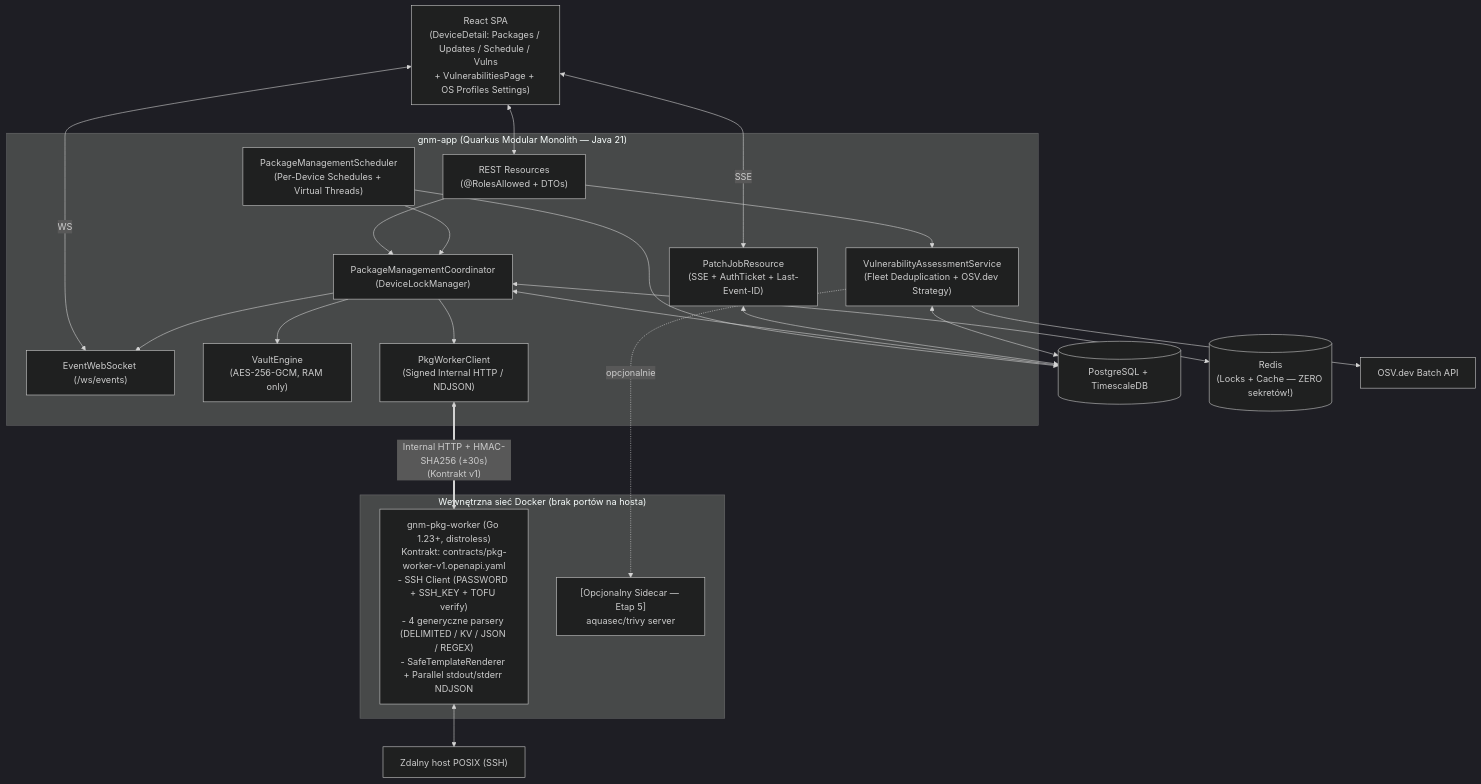
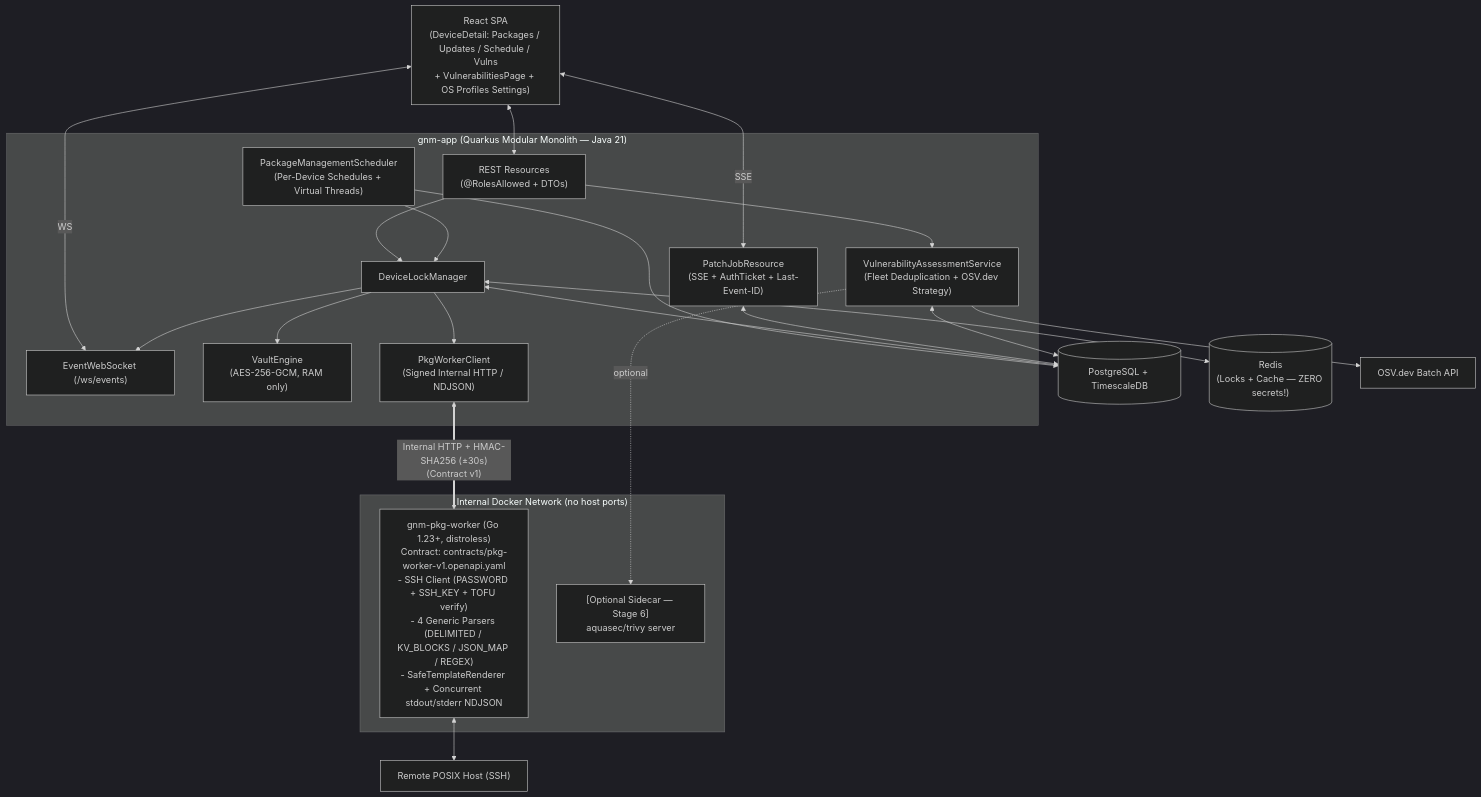
Before and after one commit to skoczo/LanAlmanac: the diagram in docs/package-management-architecture.md, drawn with Mermaid (dark theme). The commit also changed other lines of this file and 5 other files, not shown here.

Commit message:
docs: translate all plans, architecture docs, and agent rules to English

````diff
--- a/docs/package-management-architecture.md
+++ b/docs/package-management-architecture.md
@@ -39,47 +39,47 @@
 ```mermaid
 flowchart TB
     UI["React SPA\n(DeviceDetail: Packages / Updates / Schedule / Vulns\n+ VulnerabilitiesPage + OS Profiles Settings)"]
 
     subgraph Core["gnm-app (Quarkus Modular Monolith — Java 21)"]
         REST["REST Resources\n(@RolesAllowed + DTOs)"]
         SSE["PatchJobResource\n(SSE + AuthTicket + Last-Event-ID)"]
         WS["EventWebSocket (/ws/events)"]
         SCHED["PackageManagementScheduler\n(Per-Device Schedules + Virtual Threads)"]
-        COORD["PackageManagementCoordinator\n(DeviceLockManager)"]
+        COORD["DeviceLockManager"]
         VAULT["VaultEngine\n(AES-256-GCM, RAM only)"]
         CLIENT["PkgWorkerClient\n(Signed Internal HTTP / NDJSON)"]
         VULN["VulnerabilityAssessmentService\n(Fleet Deduplication + OSV.dev Strategy)"]
     end
 
-    subgraph InternalNet["Wewnętrzna sieć Docker (brak portów na hosta)"]
-        WORKER["gnm-pkg-worker (Go 1.23+, distroless)\nKontrakt: contracts/pkg-worker-v1.openapi.yaml\n- SSH Client (PASSWORD + SSH_KEY + TOFU verify)\n- 4 generyczne parsery (DELIMITED / KV / JSON / REGEX)\n- SafeTemplateRenderer + Parallel stdout/stderr NDJSON"]
-        TRIVY["[Opcjonalny Sidecar — Etap 5]\naquasec/trivy server"]
+    subgraph InternalNet["Internal Docker Network (no host ports)"]
+        WORKER["gnm-pkg-worker (Go 1.23+, distroless)\nContract: contracts/pkg-worker-v1.openapi.yaml\n- SSH Client (PASSWORD + SSH_KEY + TOFU verify)\n- 4 Generic Parsers (DELIMITED / KV_BLOCKS / JSON_MAP / REGEX)\n- SafeTemplateRenderer + Concurrent stdout/stderr NDJSON"]
+        TRIVY["[Optional Sidecar — Stage 6]\naquasec/trivy server"]
     end
 
     DB[("PostgreSQL + TimescaleDB")]
-    REDIS[("Redis\n(Locks + Cache — ZERO sekretów!)")]
+    REDIS[("Redis\n(Locks + Cache — ZERO secrets!)")]
     OSV["OSV.dev Batch API"]
-    HOST["Zdalny host POSIX (SSH)"]
+    HOST["Remote POSIX Host (SSH)"]
 
     UI <--> REST
     UI <-- SSE --> SSE
     UI <-- WS --> WS
 
     REST --> COORD
     REST --> VULN
     SCHED --> COORD
     SCHED --> DB
     COORD --> VAULT
     COORD --> CLIENT
     COORD <--> DB
     COORD <--> REDIS
     COORD --> WS
     SSE <--> DB
 
-    CLIENT <== "Internal HTTP + HMAC-SHA256 (±30s)\n(Kontrakt v1)" ==> WORKER
+    CLIENT <== "Internal HTTP + HMAC-SHA256 (±30s)\n(Contract v1)" ==> WORKER
     WORKER <--> HOST
 
     VULN <--> DB
     VULN --> OSV
-    VULN -. "opcjonalnie" .-> TRIVY
+    VULN -. "optional" .-> TRIVY
 ```
````
